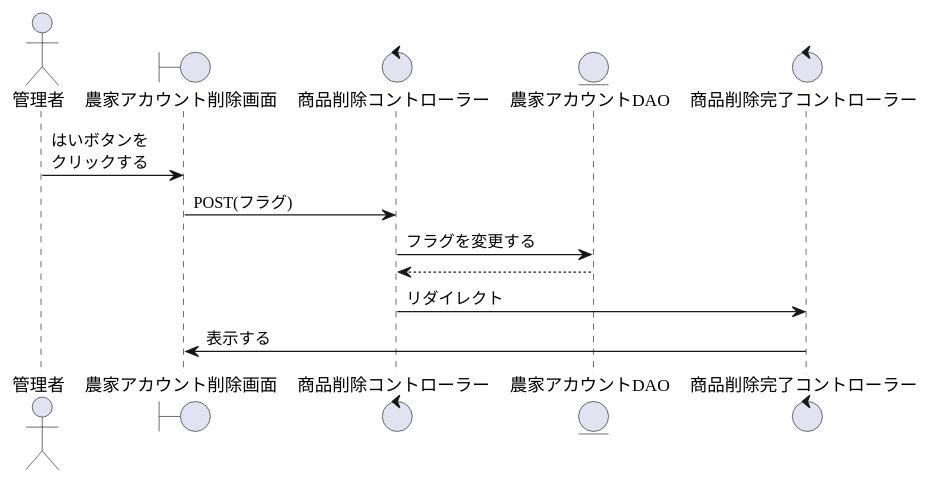
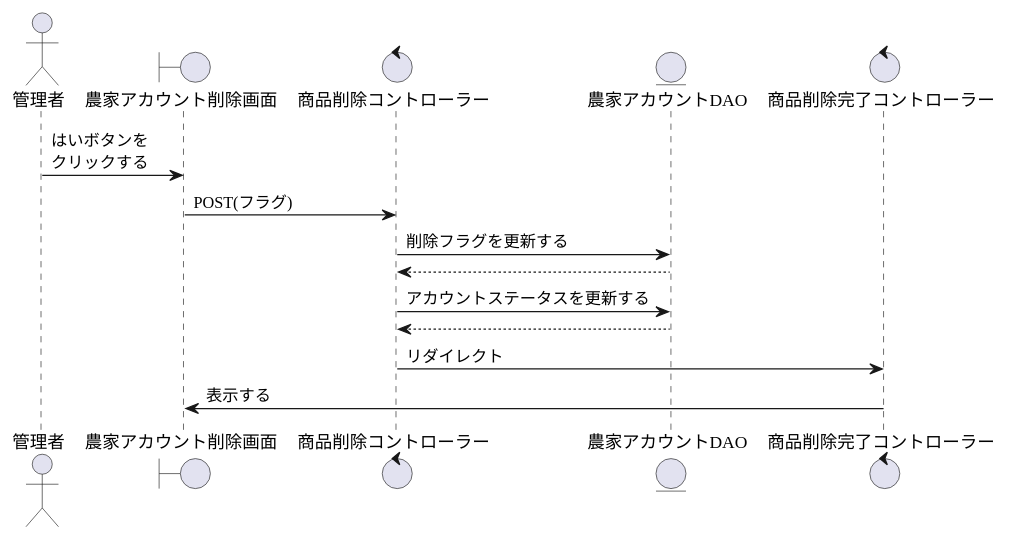
Before and after one commit to SK-B-S/PJ: the diagram in PJ_シーケンス/管理者/農家アカウント削除.wsd, drawn with PlantUML. The commit also changed 13 other files, not shown here.

```diff
--- a/PJ_シーケンス/管理者/農家アカウント削除.wsd
+++ b/PJ_シーケンス/管理者/農家アカウント削除.wsd
@@ -1,18 +1,20 @@
 @startuml 農家アカウント削除
 
 actor    "管理者" as act
 boundary "農家アカウント削除画面" as delete_s
 control  "商品削除コントローラー" as delete_c
 entity   "農家アカウントDAO" as Farmer_DAO
 control  "商品削除完了コントローラー" as completion_c
 
 '--------------------------------------------------------------------------------------
 
 act ->  delete_s : はいボタンを\nクリックする
 delete_s -> delete_c : POST(フラグ)
-delete_c -> Farmer_DAO : フラグを変更する
+delete_c -> Farmer_DAO : 削除フラグを更新する
+delete_c <-- Farmer_DAO
+delete_c -> Farmer_DAO : アカウントステータスを更新する
 delete_c <-- Farmer_DAO
 delete_c -> completion_c : リダイレクト
 delete_s <- completion_c : 表示する
 
 @enduml
```
